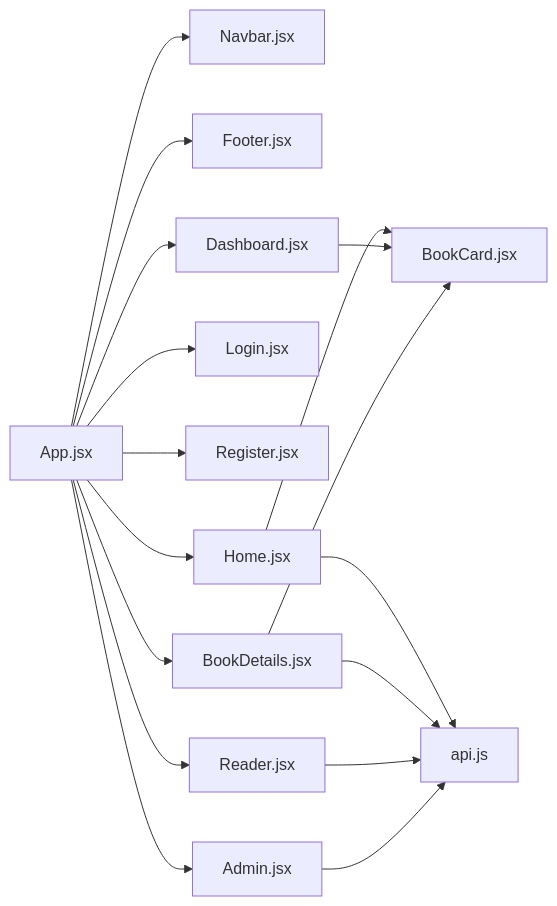
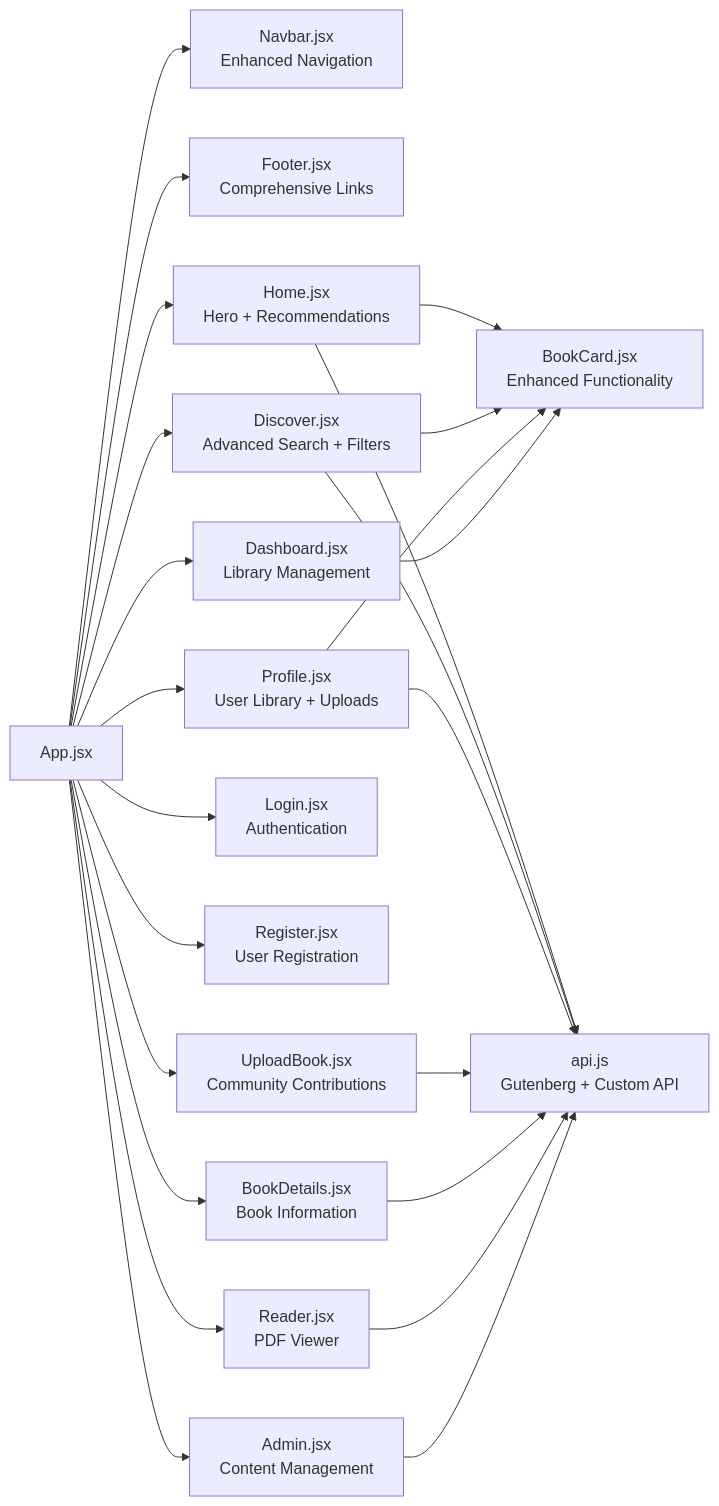
The ninth of 9 diagrams in .qoder/repowiki/en/content/Frontend Component Architecture/Frontend Component Architecture.md (ganesh-NB/readsphere), drawn with Mermaid before and after one commit. The commit also changed other lines of this file and 46 other files, not shown here.

````diff
--- a/.qoder/repowiki/en/content/Frontend Component Architecture/Frontend Component Architecture.md
+++ b/.qoder/repowiki/en/content/Frontend Component Architecture/Frontend Component Architecture.md
@@ -423,19 +483,26 @@
 ```mermaid
 graph LR
-APP["App.jsx"] --> NAV["Navbar.jsx"]
-APP --> FOO["Footer.jsx"]
-APP --> HOME["Home.jsx"]
-APP --> LOGIN["Login.jsx"]
-APP --> REG["Register.jsx"]
-APP --> DASH["Dashboard.jsx"]
-APP --> DETAIL["BookDetails.jsx"]
-APP --> READ["Reader.jsx"]
-APP --> ADM["Admin.jsx"]
-HOME --> CARD["BookCard.jsx"]
+APP["App.jsx"] --> NAV["Navbar.jsx<br/>Enhanced Navigation"]
+APP --> FOO["Footer.jsx<br/>Comprehensive Links"]
+APP --> HOME["Home.jsx<br/>Hero + Recommendations"]
+APP --> DISCOVER["Discover.jsx<br/>Advanced Search + Filters"]
+APP --> PROFILE["Profile.jsx<br/>User Library + Uploads"]
+APP --> UPLOAD["UploadBook.jsx<br/>Community Contributions"]
+APP --> LOGIN["Login.jsx<br/>Authentication"]
+APP --> REG["Register.jsx<br/>User Registration"]
+APP --> DASH["Dashboard.jsx<br/>Library Management"]
+APP --> DETAIL["BookDetails.jsx<br/>Book Information"]
+APP --> READ["Reader.jsx<br/>PDF Viewer"]
+APP --> ADM["Admin.jsx<br/>Content Management"]
+HOME --> CARD["BookCard.jsx<br/>Enhanced Functionality"]
+DISCOVER --> CARD
+PROFILE --> CARD
 DASH --> CARD
-DETAIL --> CARD
-HOME --> API["api.js"]
+HOME --> API["api.js<br/>Gutenberg + Custom API"]
+DISCOVER --> API
+PROFILE --> API
+UPLOAD --> API
 DETAIL --> API
 READ --> API
 ADM --> API
 ```
````
